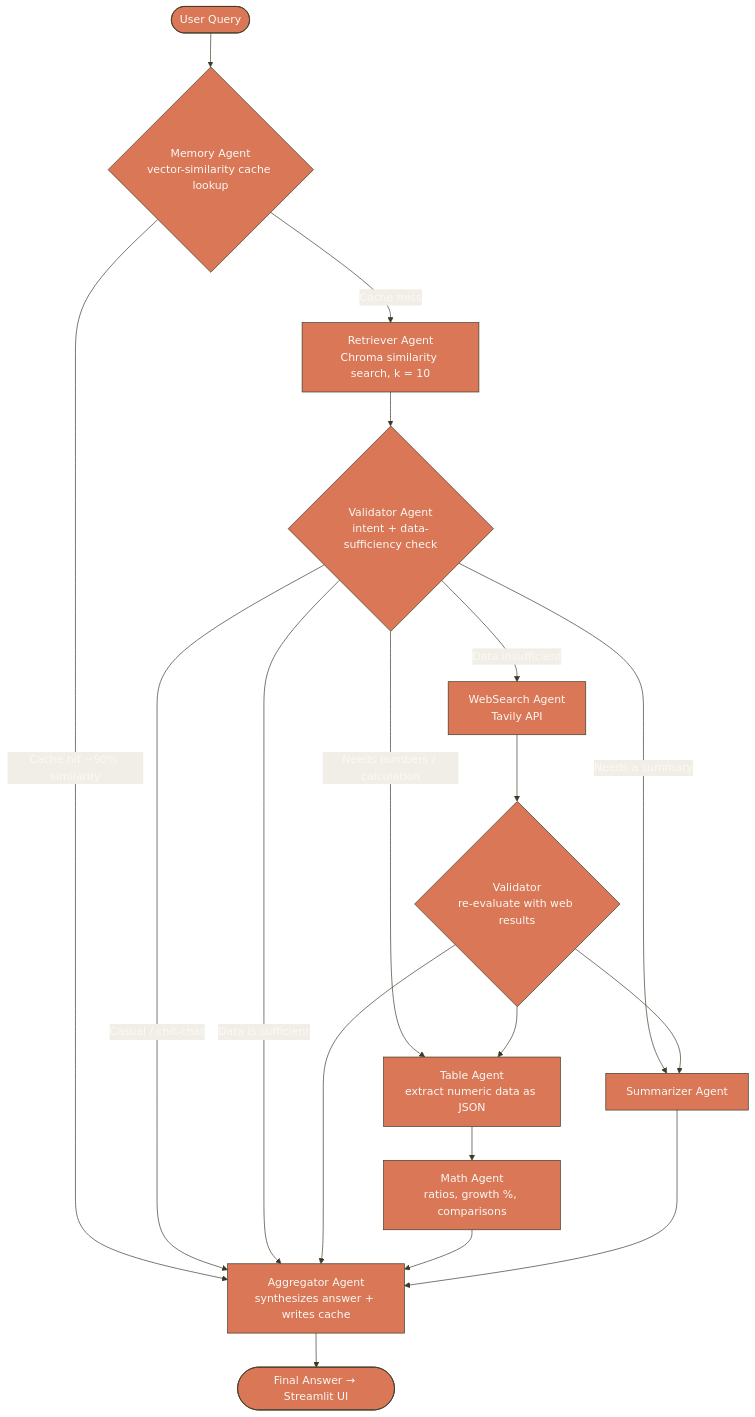
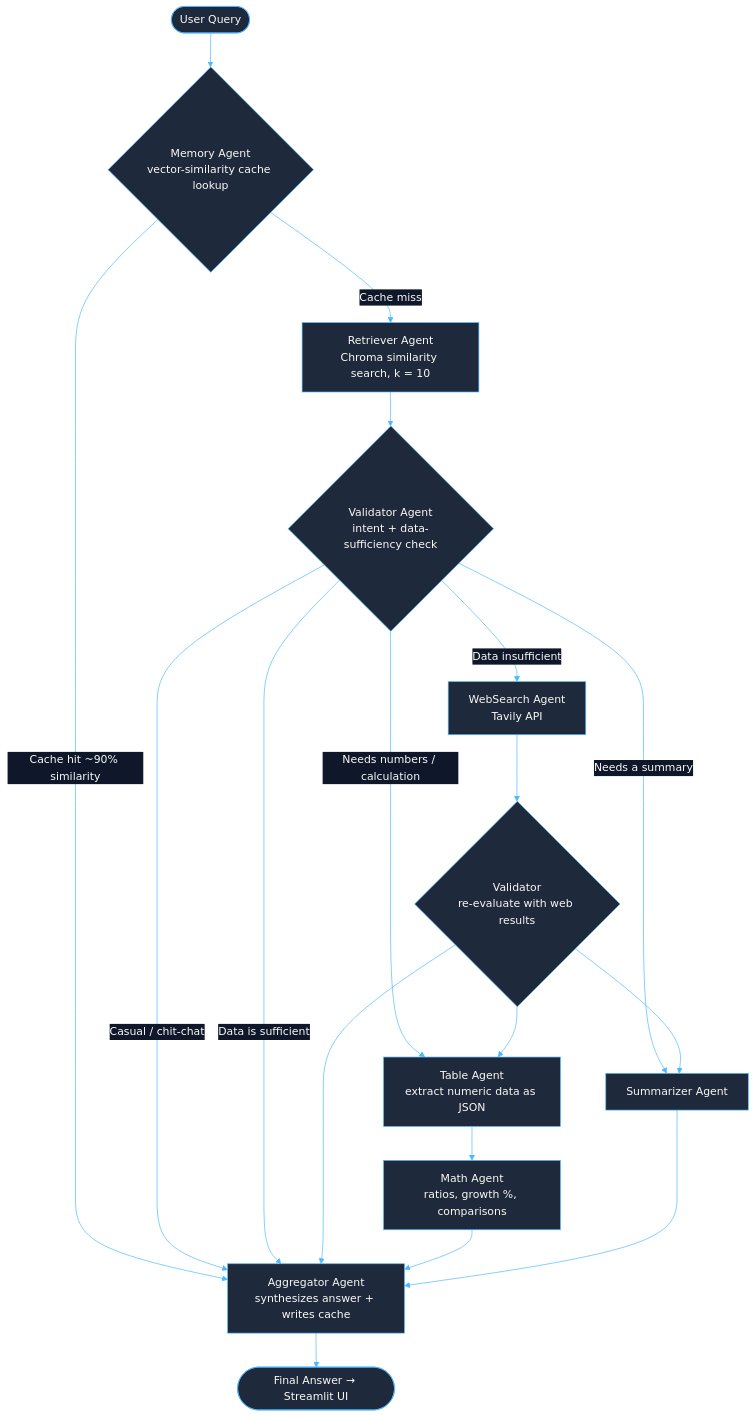
The second of 5 diagrams in README.md (Invicta0305/Financial--QA), drawn with Mermaid before and after one commit. The commit also changed other lines of this file, not shown here.

````diff
--- a/README.md
+++ b/README.md
@@ -154,34 +137,34 @@
 ```mermaid
 %%{init: {'theme':'base', 'themeVariables': {
-  'primaryColor': '#D97757',
+  'primaryColor': '#1E293B',
   'primaryTextColor': '#FAF9F5',
-  'primaryBorderColor': '#3D3929',
-  'lineColor': '#3D3929',
-  'secondaryColor': '#F0EEE6',
-  'tertiaryColor': '#FAF9F5'
+  'primaryBorderColor': '#4DB8FF',
+  'lineColor': '#4DB8FF',
+  'secondaryColor': '#0F172A',
+  'tertiaryColor': '#1E293B'
 }}}%%
 flowchart TD
     Start([User Query]) --> Memory{Memory Agent<br/>vector-similarity cache lookup}
 
     Memory -->|Cache hit ~90% similarity| Aggregator
     Memory -->|Cache miss| Retriever[Retriever Agent<br/>Chroma similarity search, k = 10]
 
     Retriever --> Validator{Validator Agent<br/>intent + data-sufficiency check}
 
     Validator -->|Casual / chit-chat| Aggregator
     Validator -->|Data insufficient| WebSearch[WebSearch Agent<br/>Tavily API]
     Validator -->|Needs numbers / calculation| Table[Table Agent<br/>extract numeric data as JSON]
     Validator -->|Needs a summary| Summarizer[Summarizer Agent]
     Validator -->|Data is sufficient| Aggregator
 
     WebSearch --> Revalidate{Validator<br/>re-evaluate with web results}
     Revalidate --> Table
     Revalidate --> Summarizer
     Revalidate --> Aggregator
 
     Table --> Math[Math Agent<br/>ratios, growth %, comparisons]
     Math --> Aggregator
     Summarizer --> Aggregator
 
     Aggregator[Aggregator Agent<br/>synthesizes answer + writes cache] --> End([Final Answer → Streamlit UI])
 ```
````
